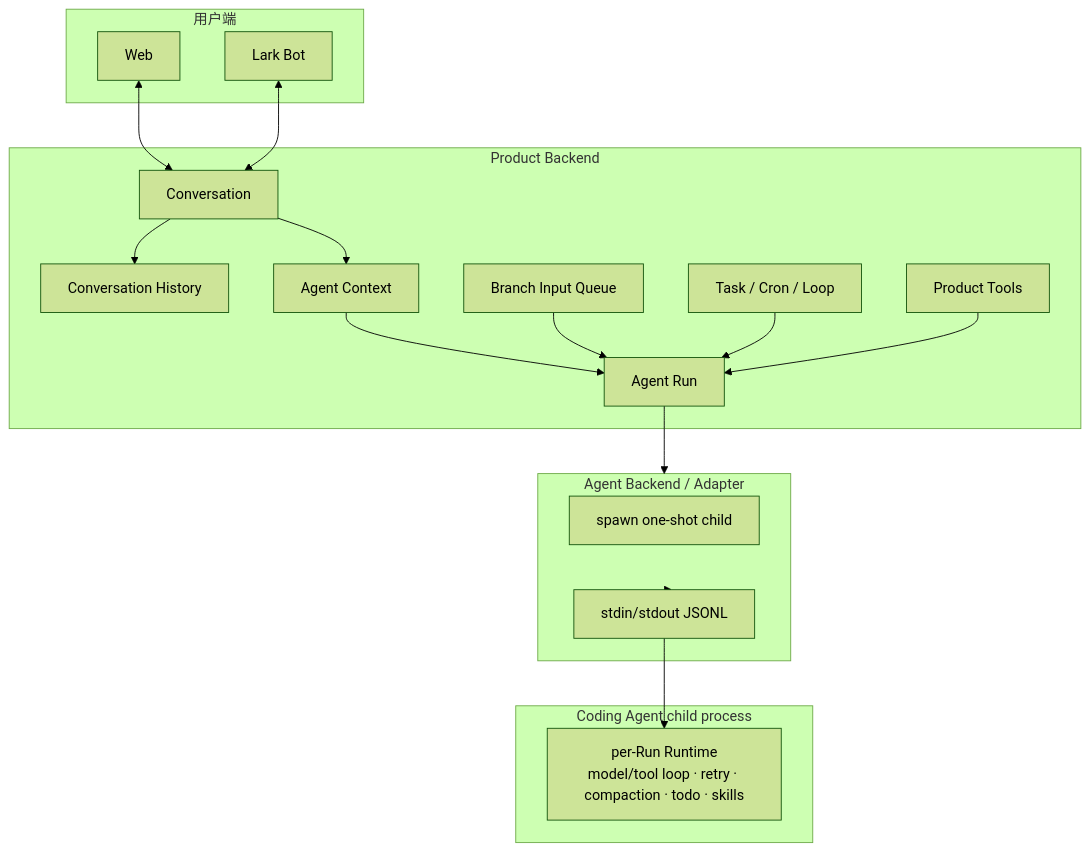
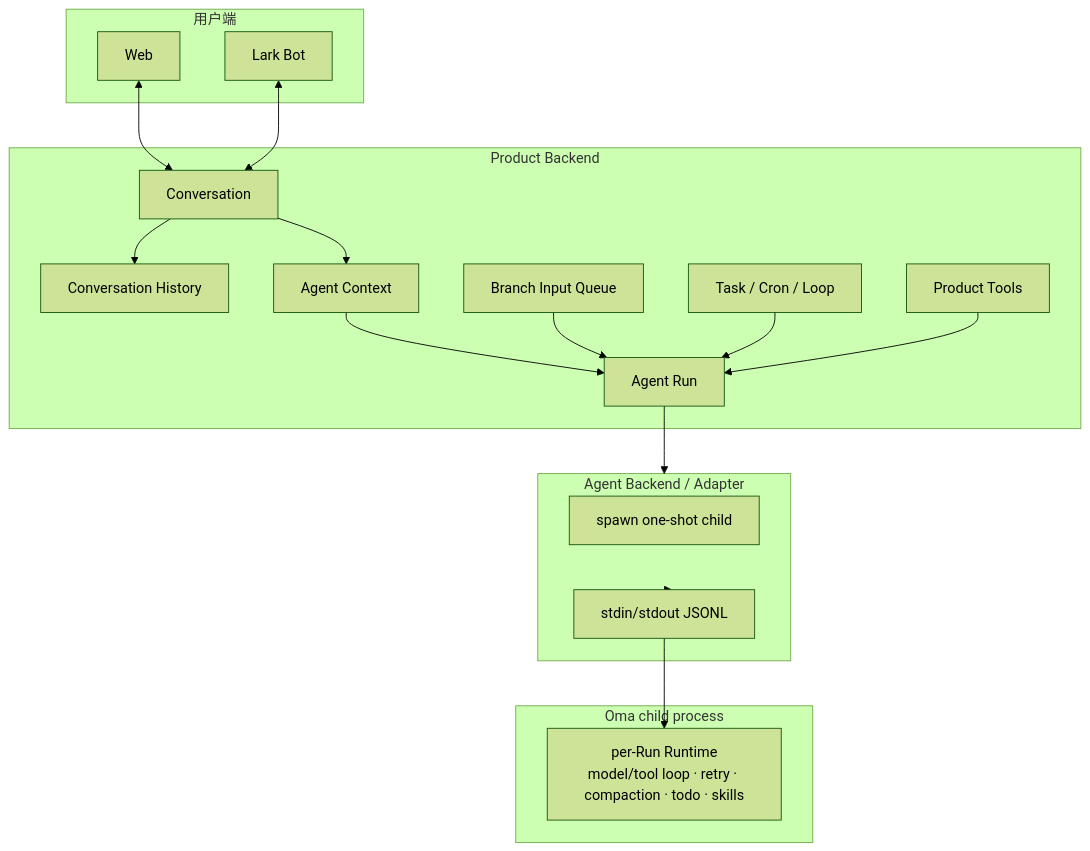
The first of 2 diagrams in docs/architecture/system-overview.md (Chengchcc/my-agent-dev), drawn with Mermaid (forest theme) before and after one commit. The commit also changed other lines of this file and 451 other files, not shown here.

First line of the commit message:
refactor(repo): rename coding-agent to oma and split wire protocol

````diff
--- a/docs/architecture/system-overview.md
+++ b/docs/architecture/system-overview.md
@@ -47,38 +47,38 @@
 ```mermaid
 flowchart TB
   subgraph Surfaces[用户端]
     Web[Web]
     Lark[Lark Bot]
   end
 
   subgraph Product[Product Backend]
     Conversation[Conversation]
     History[Conversation History]
     Context[Agent Context]
     Run[Agent Run]
     Queue[Branch Input Queue]
     Tools[Product Tools]
     Flow[Task / Cron / Loop]
   end
 
   subgraph Adapter[Agent Backend / Adapter]
     Spawn[spawn one-shot child]
     RPC[stdin/stdout JSONL]
   end
 
-  subgraph Child[Coding Agent child process]
+  subgraph Child[Oma child process]
     Runtime[per-Run Runtime<br/>model/tool loop · retry · compaction · todo · skills]
   end
 
   Web <--> Conversation
   Lark <--> Conversation
   Conversation --> History
   Conversation --> Context
   Context --> Run
   Queue --> Run
   Flow --> Run
   Tools --> Run
   Run --> Adapter
   Adapter --> RPC
   RPC --> Runtime
 ```
````
